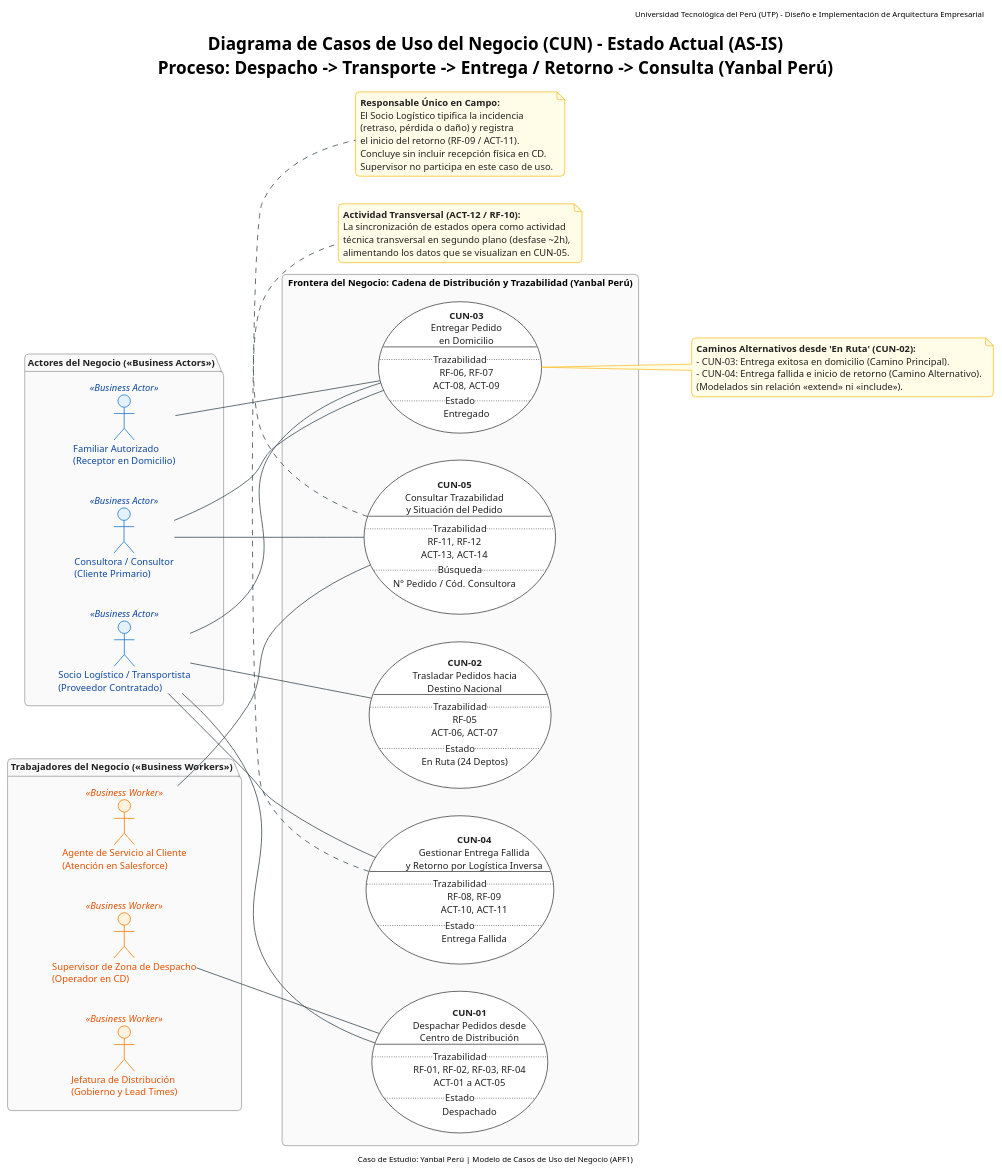
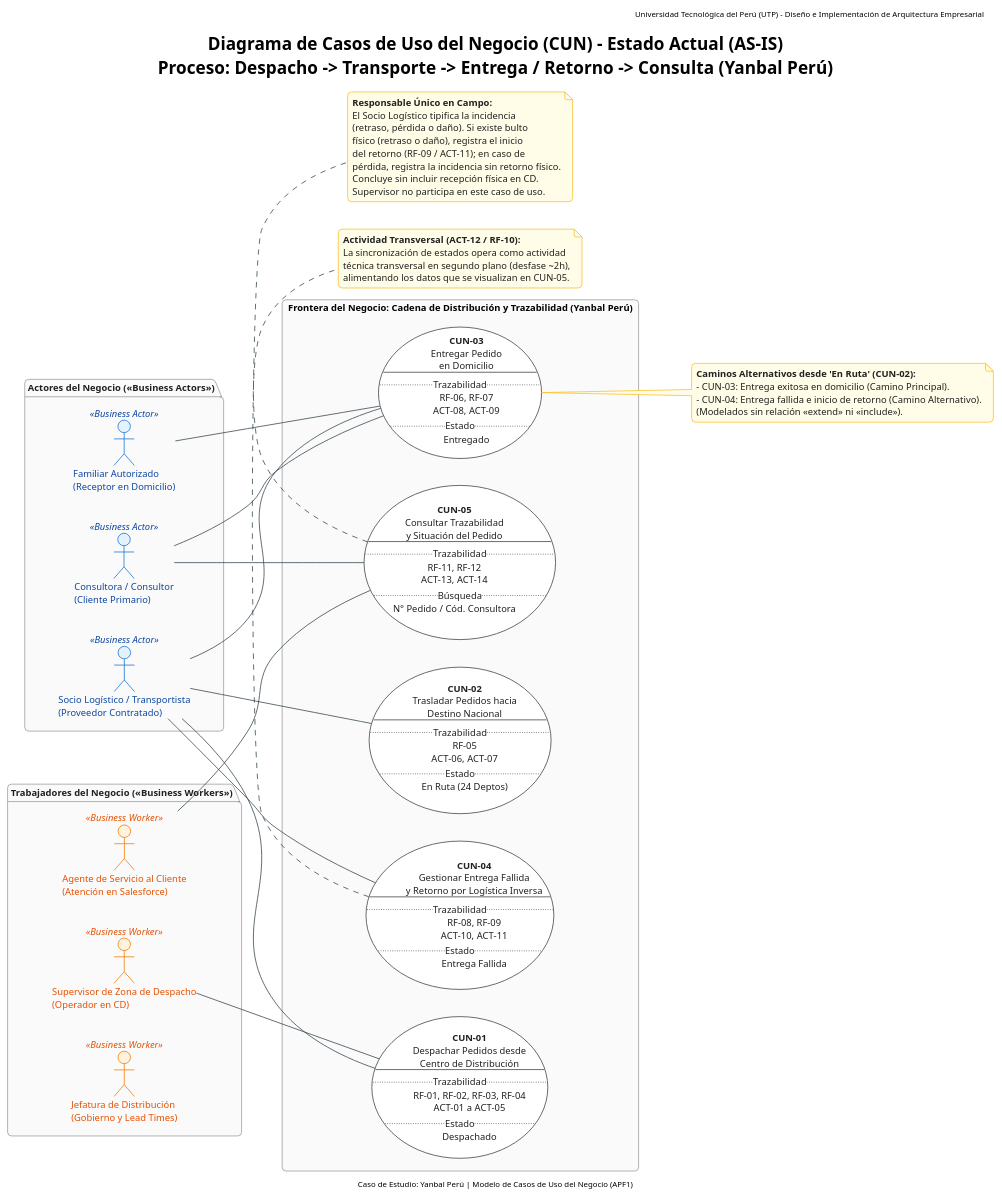
The diagram in arq-emp AS-IS/Diagrama de Casos de Uso del Negocio (CUN)/CUN_Diagrama_General.puml (SaraviaH/arq-emp), drawn with PlantUML before and after one commit. The commit also changed 8 other files, not shown here.

```diff
--- a/arq-emp AS-IS/Diagrama de Casos de Uso del Negocio (CUN)/CUN_Diagrama_General.puml
+++ b/arq-emp AS-IS/Diagrama de Casos de Uso del Negocio (CUN)/CUN_Diagrama_General.puml
@@ -1,124 +1,126 @@
 @startuml CUN_Diagrama_General
 !theme plain
 skinparam shadowing false
 skinparam roundcorner 10
 skinparam defaultFontName "Arial"
 skinparam defaultFontSize 12
 
 ' Estilos y Paleta de Colores
 skinparam package {
     BackgroundColor #FAFAFA
     BorderColor #9E9E9E
     FontColor #212121
     FontStyle bold
 }
 
 skinparam actor {
     BackgroundColor<<Business Actor>> #E3F2FD
     BorderColor<<Business Actor>> #1976D2
     FontColor<<Business Actor>> #0D47A1
     
     BackgroundColor<<Business Worker>> #FFF3E0
     BorderColor<<Business Worker>> #F57C00
     FontColor<<Business Worker>> #E65100
 }
 
 skinparam usecase {
     BackgroundColor #FFFFFF
     BorderColor #424242
     ArrowColor #37474F
     FontColor #212121
 }
 
 skinparam note {
     BackgroundColor #FFFDE7
     BorderColor #FBC02D
     FontColor #212121
 }
 
 left to right direction
 
 header Universidad Tecnológica del Perú (UTP) - Diseño e Implementación de Arquitectura Empresarial
 title Diagrama de Casos de Uso del Negocio (CUN) - Estado Actual (AS-IS)\nProceso: Despacho -> Transporte -> Entrega / Retorno -> Consulta (Yanbal Perú)
 
 ' =======================================================
 ' ACTORES DEL NEGOCIO (EXTERNOS)
 ' =======================================================
 package "Actores del Negocio («Business Actors»)" as PkgActores {
     actor "Consultora / Consultor\n(Cliente Primario)" as ActorConsultora <<Business Actor>>
     actor "Familiar Autorizado\n(Receptor en Domicilio)" as ActorFamiliar <<Business Actor>>
     actor "Socio Logístico / Transportista\n(Proveedor Contratado)" as ActorSocio <<Business Actor>>
 }
 
 ' =======================================================
 ' TRABAJADORES DEL NEGOCIO (INTERNOS)
 ' =======================================================
 package "Trabajadores del Negocio («Business Workers»)" as PkgTrabajadores {
     actor "Supervisor de Zona de Despacho\n(Operador en CD)" as WorkerSupervisor <<Business Worker>>
     actor "Agente de Servicio al Cliente\n(Atención en Salesforce)" as WorkerAgente <<Business Worker>>
     actor "Jefatura de Distribución\n(Gobierno y Lead Times)" as WorkerJefatura <<Business Worker>>
 }
 
 ' =======================================================
 ' FRONTERA DEL SISTEMA DEL NEGOCIO (5 CUN)
 ' =======================================================
 rectangle "Frontera del Negocio: Cadena de Distribución y Trazabilidad (Yanbal Perú)" as SistemaNegocio {
     
     usecase "<b>CUN-01</b>\nDespachar Pedidos desde\nCentro de Distribución\n---\n..Trazabilidad..\nRF-01, RF-02, RF-03, RF-04\nACT-01 a ACT-05\n..Estado..\nDespachado" as CUN01
     
     usecase "<b>CUN-02</b>\nTrasladar Pedidos hacia\nDestino Nacional\n---\n..Trazabilidad..\nRF-05\nACT-06, ACT-07\n..Estado..\nEn Ruta (24 Deptos)" as CUN02
     
     usecase "<b>CUN-03</b>\nEntregar Pedido\nen Domicilio\n---\n..Trazabilidad..\nRF-06, RF-07\nACT-08, ACT-09\n..Estado..\nEntregado" as CUN03
     
     usecase "<b>CUN-04</b>\nGestionar Entrega Fallida\ny Retorno por Logística Inversa\n---\n..Trazabilidad..\nRF-08, RF-09\nACT-10, ACT-11\n..Estado..\nEntrega Fallida" as CUN04
     
     usecase "<b>CUN-05</b>\nConsultar Trazabilidad\ny Situación del Pedido\n---\n..Trazabilidad..\nRF-11, RF-12\nACT-13, ACT-14\n..Búsqueda..\nN° Pedido / Cód. Consultora" as CUN05
 }
 
 ' =======================================================
 ' RELACIONES DE ASOCIACIÓN (ACTORES <-> CUN)
 ' Asociaciones estándar UML (sin direccionalidad de flujo)
 ' =======================================================
 WorkerSupervisor -- CUN01
 ActorSocio -- CUN01
 
 ActorSocio -- CUN02
 
 ActorSocio -- CUN03
 ActorConsultora -- CUN03
 ActorFamiliar -- CUN03
 
 ActorSocio -- CUN04
 
 ActorConsultora -- CUN05
 WorkerAgente -- CUN05
 
 ' =======================================================
 ' NOTAS DE REGLAS, BIFURCACIÓN Y DELIMITACIÓN
 ' =======================================================
 note bottom of CUN04
   <b>Responsable Único en Campo:</b>
   El Socio Logístico tipifica la incidencia
-  (retraso, pérdida o daño) y registra
-  el inicio del retorno (RF-09 / ACT-11).
+  (retraso, pérdida o daño). Si existe bulto
+  físico (retraso o daño), registra el inicio
+  del retorno (RF-09 / ACT-11); en caso de
+  pérdida, registra la incidencia sin retorno físico.
   Concluye sin incluir recepción física en CD.
   Supervisor no participa en este caso de uso.
 end note
 
 note right of CUN03
   <b>Caminos Alternativos desde 'En Ruta' (CUN-02):</b>
   - CUN-03: Entrega exitosa en domicilio (Camino Principal).
   - CUN-04: Entrega fallida e inicio de retorno (Camino Alternativo).
   (Modelados sin relación <<extend>> ni <<include>>).
 end note
 
 note bottom of CUN05
   <b>Actividad Transversal (ACT-12 / RF-10):</b>
   La sincronización de estados opera como actividad
   técnica transversal en segundo plano (desfase ~2h),
   alimentando los datos que se visualizan en CUN-05.
 end note
 
 footer Caso de Estudio: Yanbal Perú | Modelo de Casos de Uso del Negocio (APF1)
 
 @enduml
```
